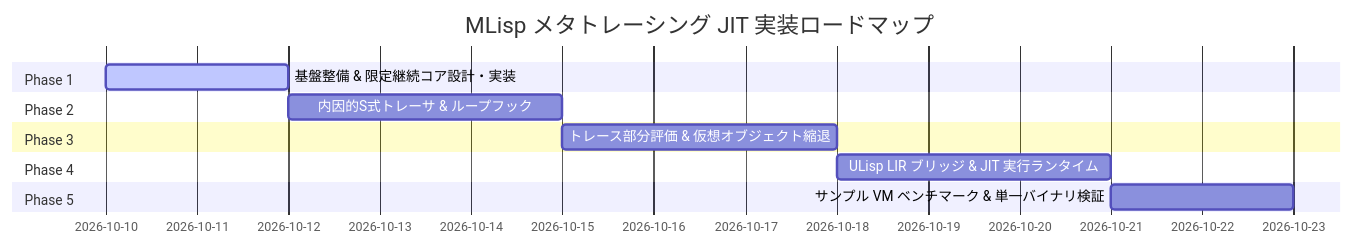
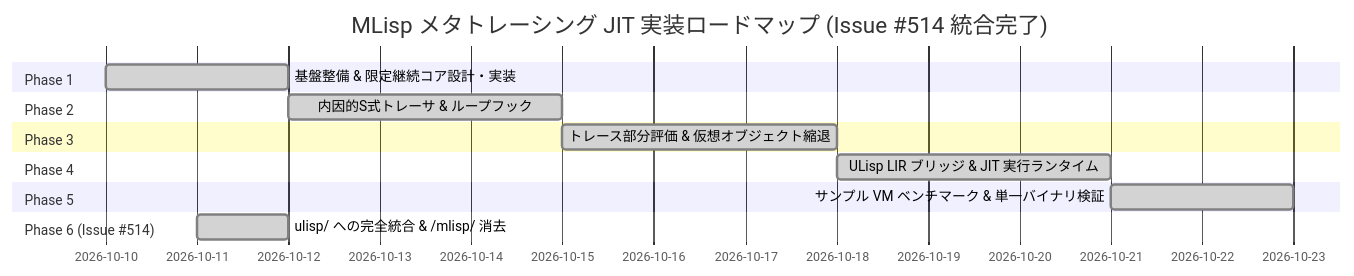
Before and after one commit to rokujyouhitoma/arxiv-security-papers: the second of 2 diagrams in docs/designs/DSN-34-mlisp_endogenous_meta_tracing_jit_architecture_specification.md, drawn with Mermaid. The commit also changed other lines of this file and 28 other files, not shown here.

Commit message:
refactor(ulisp): eliminate mlisp directory and consolidate into unified rpython framework (Issue #514)

````diff
--- a/docs/designs/DSN-34-mlisp_endogenous_meta_tracing_jit_architecture_specification.md
+++ b/docs/designs/DSN-34-mlisp_endogenous_meta_tracing_jit_architecture_specification.md
@@ -287,15 +276,17 @@
 ```mermaid
 gantt
-    title MLisp メタトレーシング JIT 実装ロードマップ
+    title MLisp メタトレーシング JIT 実装ロードマップ (Issue #514 統合完了)
     dateFormat  YYYY-MM-DD
     section Phase 1
-    基盤整備 & 限定継続コア設計・実装       :active, p1, 2026-10-10, 2d
+    基盤整備 & 限定継続コア設計・実装       :done, p1, 2026-10-10, 2d
     section Phase 2
-    内因的S式トレーサ & ループフック        :p2, after p1, 3d
+    内因的S式トレーサ & ループフック        :done, p2, after p1, 3d
     section Phase 3
-    トレース部分評価 & 仮想オブジェクト縮退  :p3, after p2, 3d
+    トレース部分評価 & 仮想オブジェクト縮退  :done, p3, after p2, 3d
     section Phase 4
-    ULisp LIR ブリッジ & JIT 実行ランタイム :p4, after p3, 3d
+    ULisp LIR ブリッジ & JIT 実行ランタイム :done, p4, after p3, 3d
     section Phase 5
-    サンプル VM ベンチマーク & 単一バイナリ検証:p5, after p4, 2d
+    サンプル VM ベンチマーク & 単一バイナリ検証:done, p5, after p4, 2d
+    section Phase 6 (Issue #514)
+    ulisp/ への完全統合 & /mlisp/ 消去      :done, p6, 2026-10-11, 1d
 ```
````
